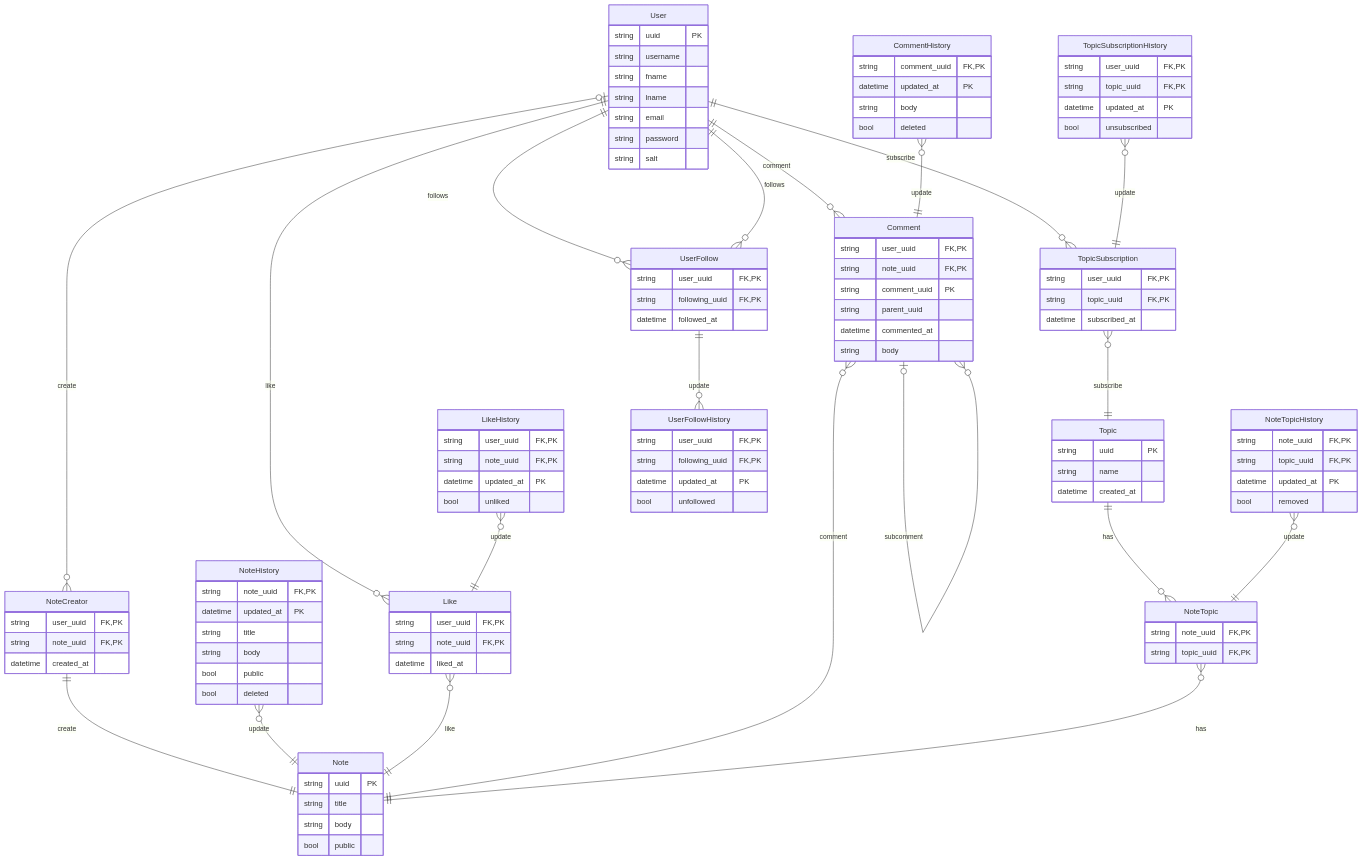
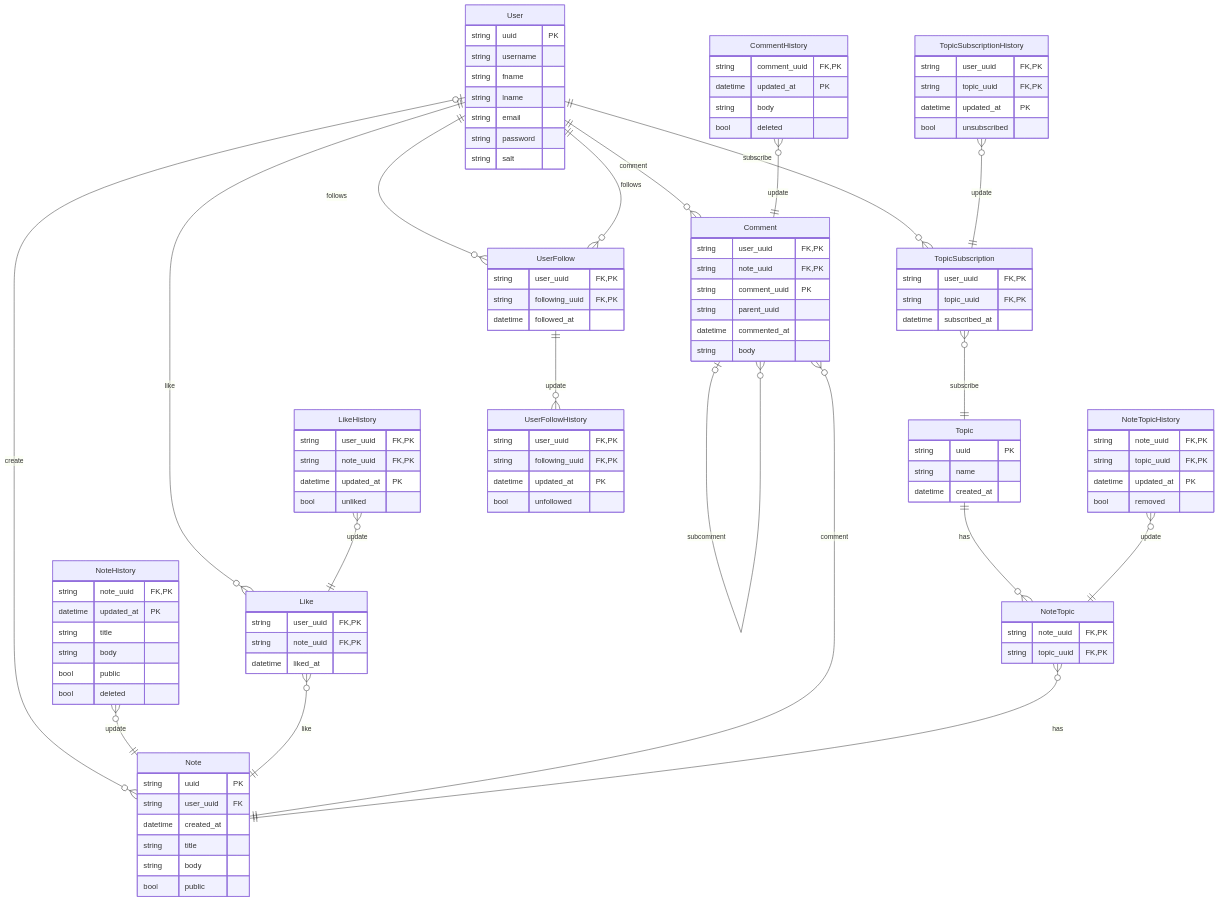
The diagram in README.md (aman-chauhan/web-notes), drawn with Mermaid before and after one commit.

```diff
--- a/README.md
+++ b/README.md
@@ -15,15 +15,11 @@
 
     Note {
         string uuid PK
+        string user_uuid FK
+        datetime created_at
         string title
         string body
         bool public
-    }
-
-    NoteCreator {
-        string user_uuid FK,PK
-        string note_uuid FK,PK
-        datetime created_at
     }
 
     NoteHistory {
@@ -108,8 +104,7 @@
         bool unfollowed
     }
 
-    User |o--o{ NoteCreator : "create"
-    NoteCreator ||--|| Note : "create"
+    User |o--o{ Note : "create"
     NoteHistory }o--|| Note : "update"
     User ||--o{ Like : "like"
     Like }o--|| Note : "like"
```
